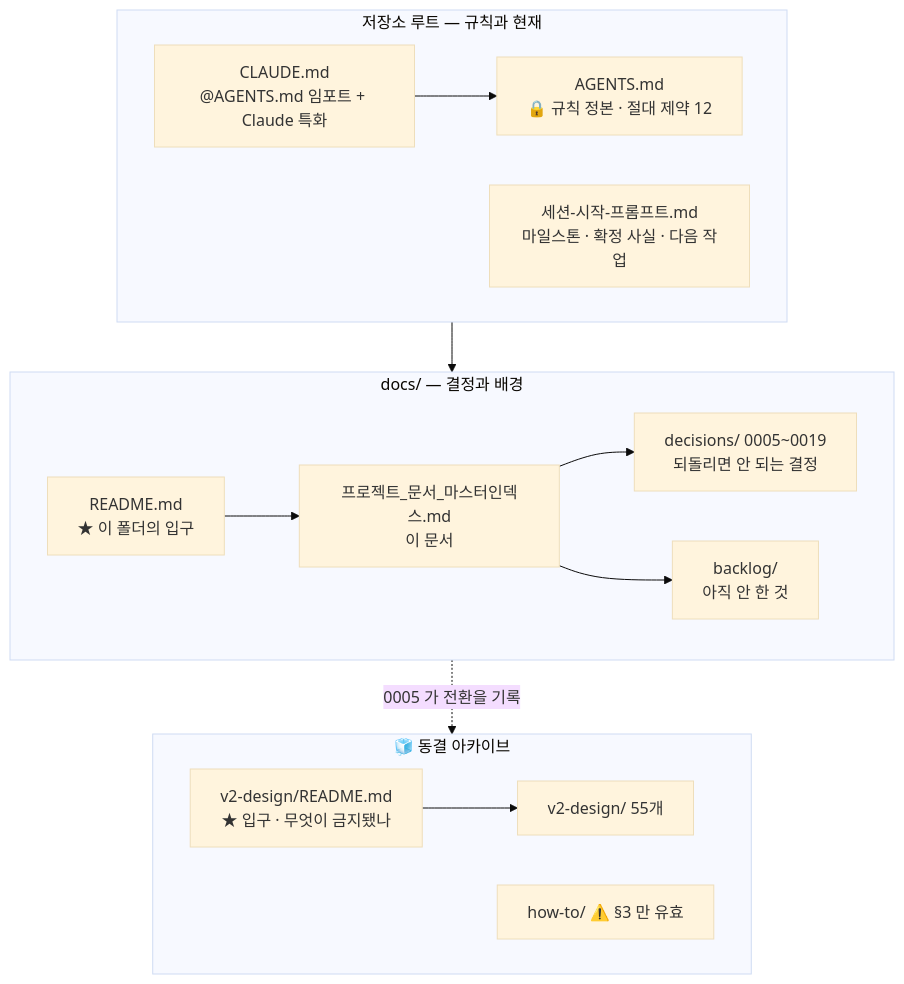
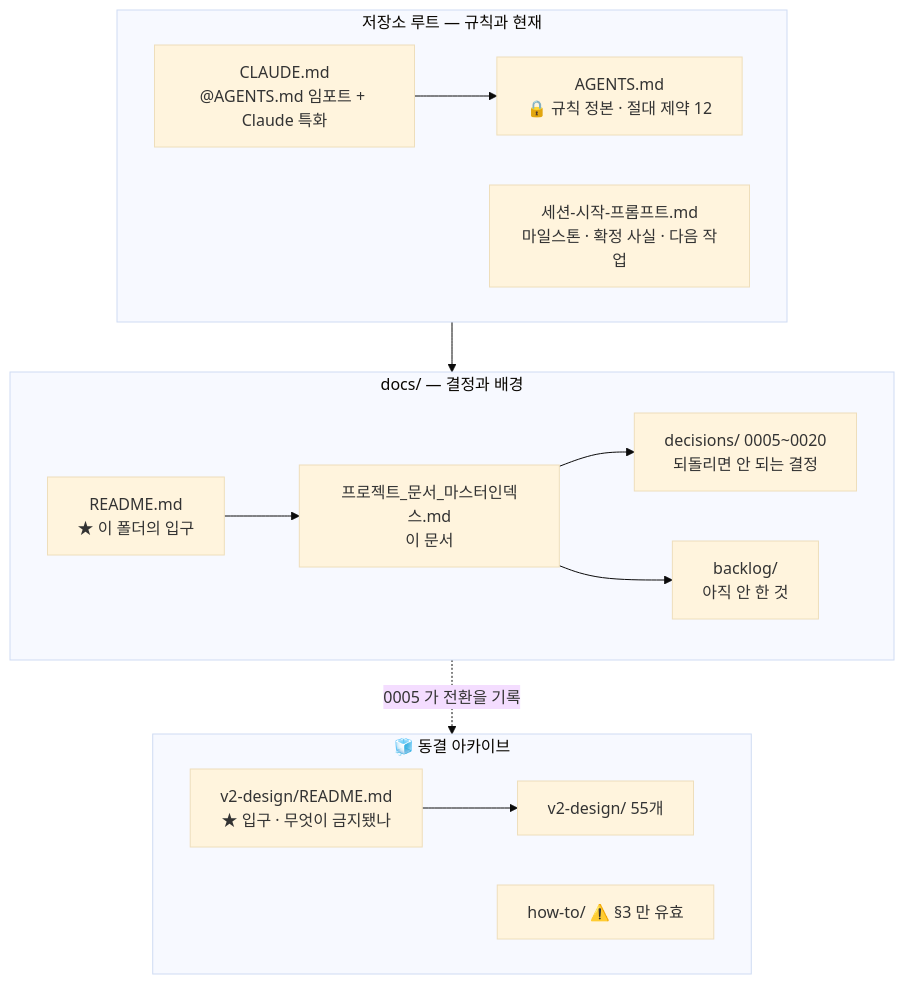
One commit to EST-Bootcamp-Dongwon/stock-coin-trade changed the first of 2 diagrams in docs/프로젝트_문서_마스터인덱스.md. Above: the diagram before and after it, drawn with Mermaid (base theme). The commit also changed other lines of this file and 27 other files, not shown here.

````diff
--- a/docs/프로젝트_문서_마스터인덱스.md
+++ b/docs/프로젝트_문서_마스터인덱스.md
@@ -61,25 +61,25 @@
 ```mermaid
 flowchart TB
   subgraph ROOT["저장소 루트 — 규칙과 현재"]
     AG["AGENTS.md<br/>🔒 규칙 정본 · 절대 제약 12"]
     CL["CLAUDE.md<br/>@AGENTS.md 임포트 + Claude 특화"]
     SP["세션-시작-프롬프트.md<br/>마일스톤 · 확정 사실 · 다음 작업"]
     CL --> AG
   end
   subgraph DOCS["docs/ — 결정과 배경"]
     RM["README.md<br/>★ 이 폴더의 입구"]
     MI["프로젝트_문서_마스터인덱스.md<br/>이 문서"]
-    DE["decisions/ 0005~0019<br/>되돌리면 안 되는 결정"]
+    DE["decisions/ 0005~0020<br/>되돌리면 안 되는 결정"]
     BL["backlog/<br/>아직 안 한 것"]
     RM --> MI --> DE
     MI --> BL
   end
   subgraph FROZEN["🧊 동결 아카이브"]
     V2R["v2-design/README.md<br/>★ 입구 · 무엇이 금지됐나"]
     V2["v2-design/ 55개"]
     HT["how-to/ ⚠️ §3 만 유효"]
     V2R --> V2
   end
   ROOT --> DOCS
   DOCS -. "0005 가 전환을 기록" .-> FROZEN
 ```
````
